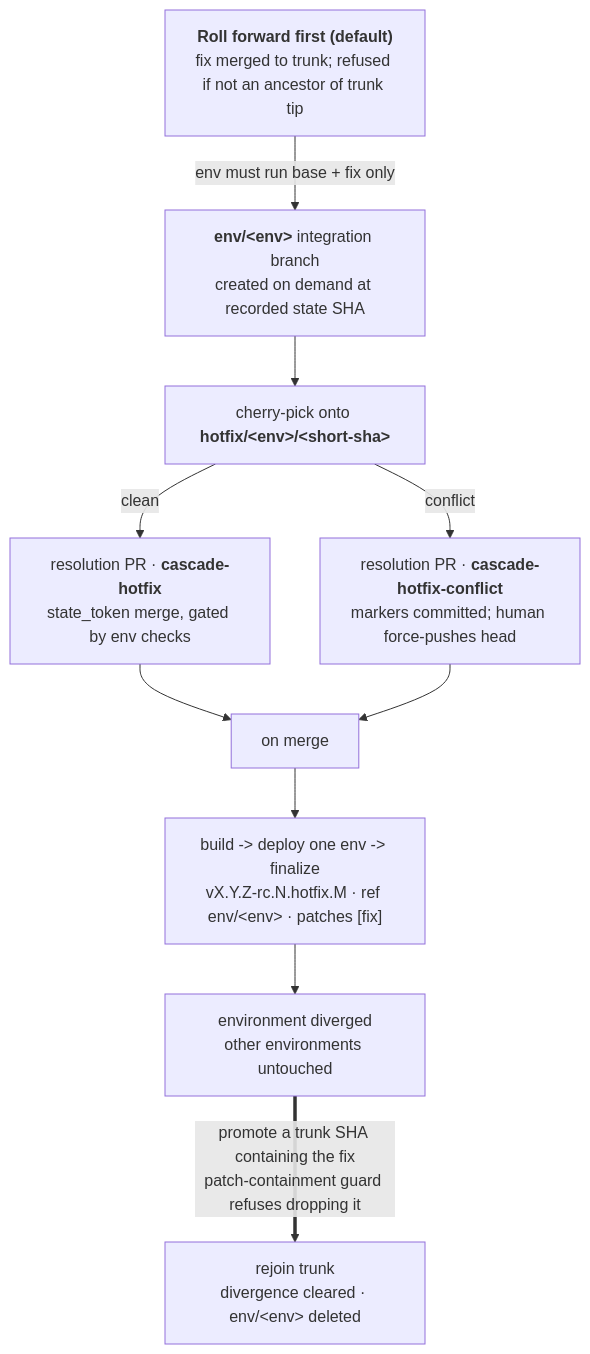
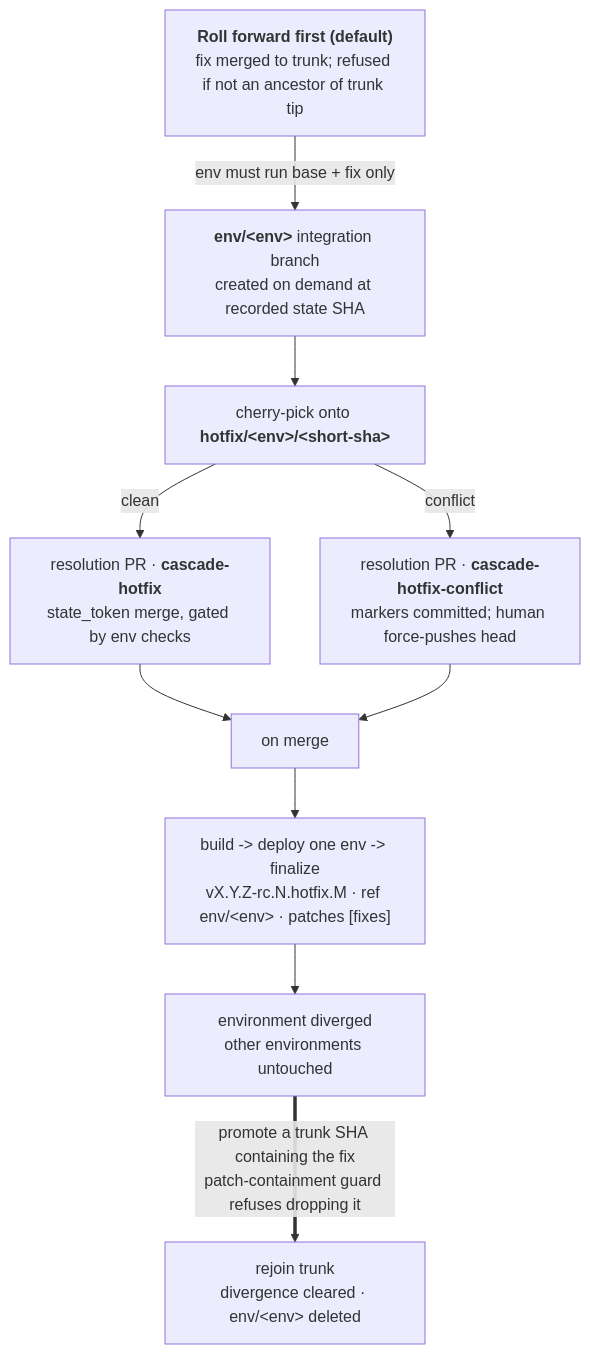
One commit to stablekernel/cascade changed the third of 3 diagrams in docs/src/content/docs/workflows.md. Above: the diagram before and after it, drawn with Mermaid. The commit also changed other lines of this file and 3 other files, not shown here.

Commit message:
docs: describe multi-commit, multi-env hotfix chains

````diff
--- a/docs/src/content/docs/workflows.md
+++ b/docs/src/content/docs/workflows.md
@@ -257,13 +257,13 @@
 ```mermaid
 flowchart TD
     RF["<b>Roll forward first (default)</b><br/>fix merged to trunk; refused if not an ancestor of trunk tip"]
     RF -- "env must run base + fix only" --> IB["<b>env/&lt;env&gt;</b> integration branch<br/>created on demand at recorded state SHA"]
     IB --> CP["cherry-pick onto <b>hotfix/&lt;env&gt;/&lt;short-sha&gt;</b>"]
     CP -- "clean" --> PRclean["resolution PR · <b>cascade-hotfix</b><br/>state_token merge, gated by env checks"]
     CP -- "conflict" --> PRconf["resolution PR · <b>cascade-hotfix-conflict</b><br/>markers committed; human force-pushes head"]
     PRclean --> MERGE["on merge"]
     PRconf --> MERGE
-    MERGE --> FIN["build -> deploy one env -> finalize<br/>vX.Y.Z-rc.N.hotfix.M · ref env/&lt;env&gt; · patches [fix]"]
+    MERGE --> FIN["build -> deploy one env -> finalize<br/>vX.Y.Z-rc.N.hotfix.M · ref env/&lt;env&gt; · patches [fixes]"]
     FIN --> DIV["environment diverged<br/>other environments untouched"]
     DIV == "promote a trunk SHA containing the fix<br/>patch-containment guard refuses dropping it" ==> REJOIN["rejoin trunk<br/>divergence cleared · env/&lt;env&gt; deleted"]
 ```
````
